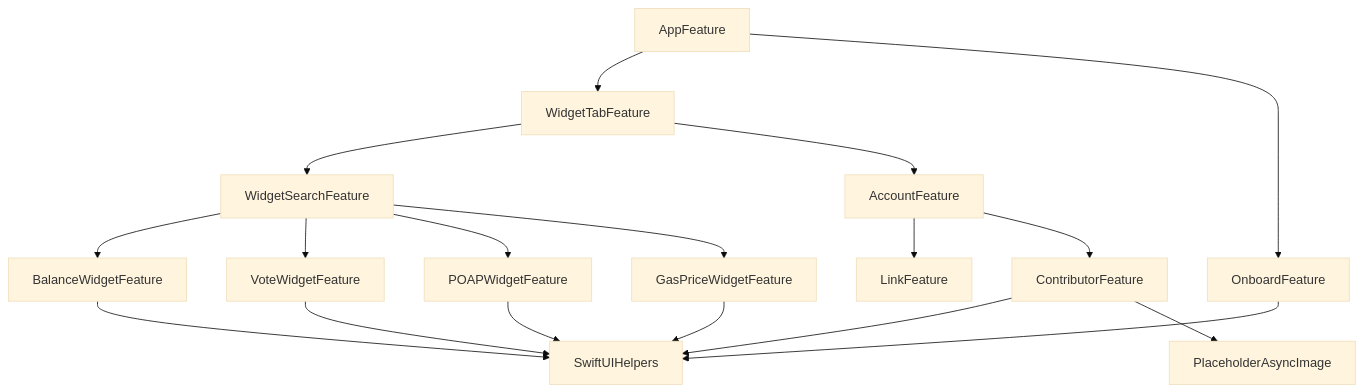
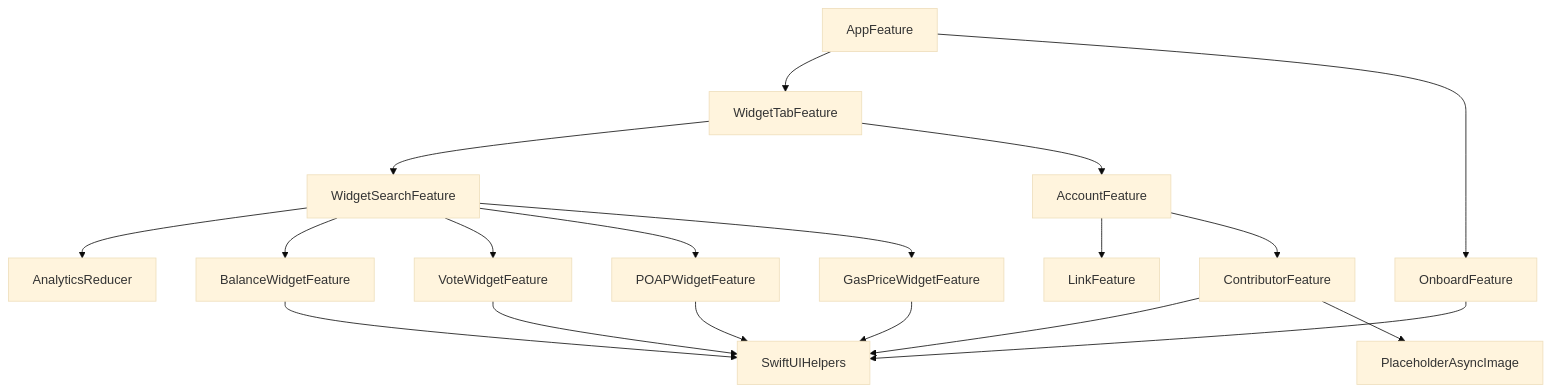
The diagram in Packages/FeaturePackage/README.md (caaaption/caaaption), drawn with Mermaid (base theme) before and after one commit.

Commit message:
Run dgraph (#343)

````diff
--- a/Packages/FeaturePackage/README.md
+++ b/Packages/FeaturePackage/README.md
@@ -3,20 +3,21 @@
 ```mermaid
 graph TD;
     AppFeature-->WidgetTabFeature;
     AppFeature-->OnboardFeature;
+    WidgetSearchFeature-->AnalyticsReducer;
     WidgetSearchFeature-->BalanceWidgetFeature;
     WidgetSearchFeature-->VoteWidgetFeature;
     WidgetSearchFeature-->POAPWidgetFeature;
     WidgetSearchFeature-->GasPriceWidgetFeature;
     AccountFeature-->LinkFeature;
     AccountFeature-->ContributorFeature;
     ContributorFeature-->SwiftUIHelpers;
     ContributorFeature-->PlaceholderAsyncImage;
     BalanceWidgetFeature-->SwiftUIHelpers;
     VoteWidgetFeature-->SwiftUIHelpers;
     OnboardFeature-->SwiftUIHelpers;
     POAPWidgetFeature-->SwiftUIHelpers;
     GasPriceWidgetFeature-->SwiftUIHelpers;
     WidgetTabFeature-->WidgetSearchFeature;
     WidgetTabFeature-->AccountFeature;
 ```
````
